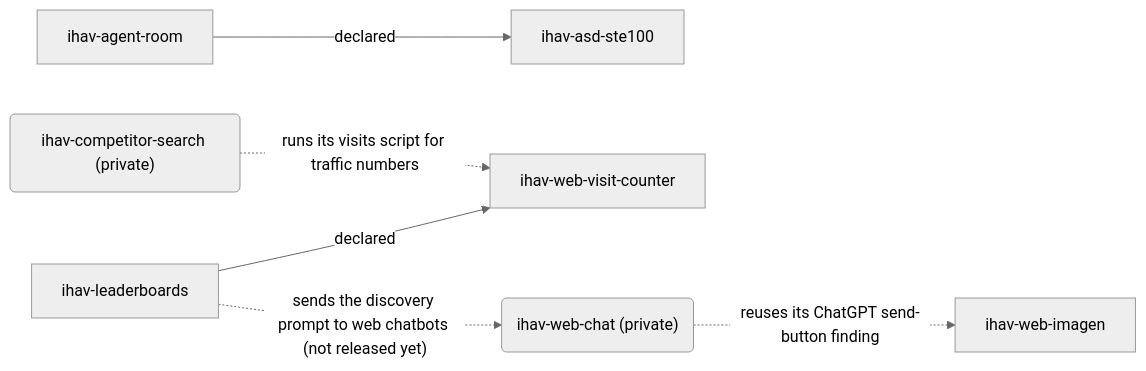
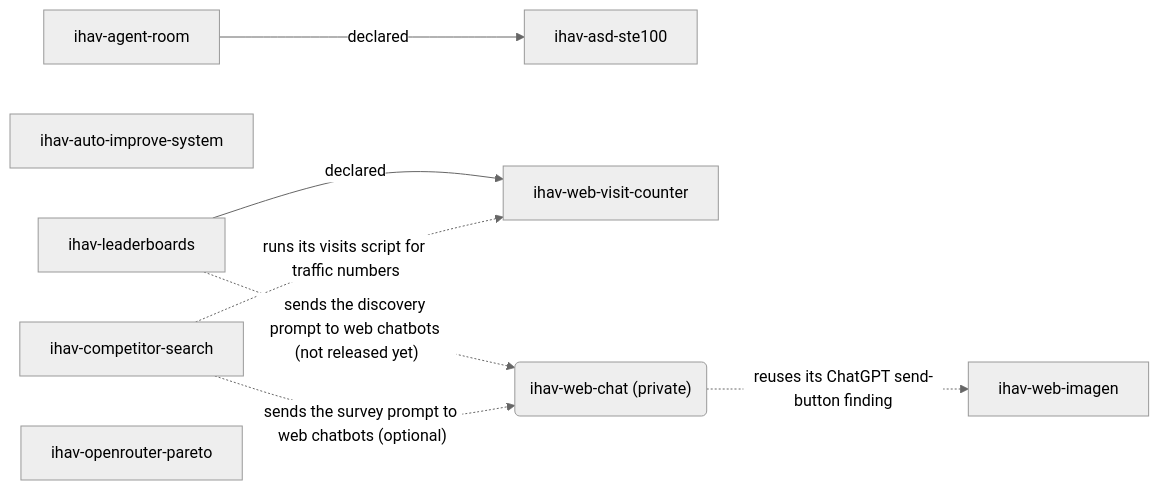
One commit to hiendang7613/ihav changed the diagram in README.md. Above: the diagram before and after it, drawn with Mermaid (neutral theme). The commit also changed other lines of this file and 3 other files, not shown here.

````diff
--- a/README.md
+++ b/README.md
@@ -20,15 +22,18 @@
 ```mermaid
 flowchart LR
   ihav_agent_room["ihav-agent-room"]
   ihav_asd_ste100["ihav-asd-ste100"]
+  ihav_auto_improve_system["ihav-auto-improve-system"]
+  ihav_competitor_search["ihav-competitor-search"]
   ihav_leaderboards["ihav-leaderboards"]
+  ihav_openrouter_pareto["ihav-openrouter-pareto"]
   ihav_web_imagen["ihav-web-imagen"]
   ihav_web_visit_counter["ihav-web-visit-counter"]
-  ihav_competitor_search("ihav-competitor-search (private)")
   ihav_web_chat("ihav-web-chat (private)")
   ihav_agent_room -->|"declared"| ihav_asd_ste100
   ihav_leaderboards -->|"declared"| ihav_web_visit_counter
   ihav_leaderboards -.->|"sends the discovery prompt to web chatbots (not released yet)"| ihav_web_chat
   ihav_competitor_search -.->|"runs its visits script for traffic numbers"| ihav_web_visit_counter
+  ihav_competitor_search -.->|"sends the survey prompt to web chatbots (optional)"| ihav_web_chat
   ihav_web_chat -.->|"reuses its ChatGPT send-button finding"| ihav_web_imagen
 ```
````
